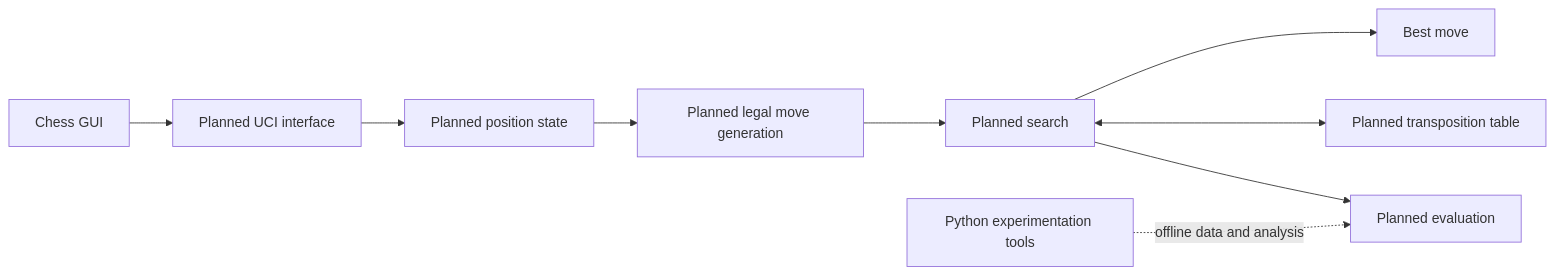
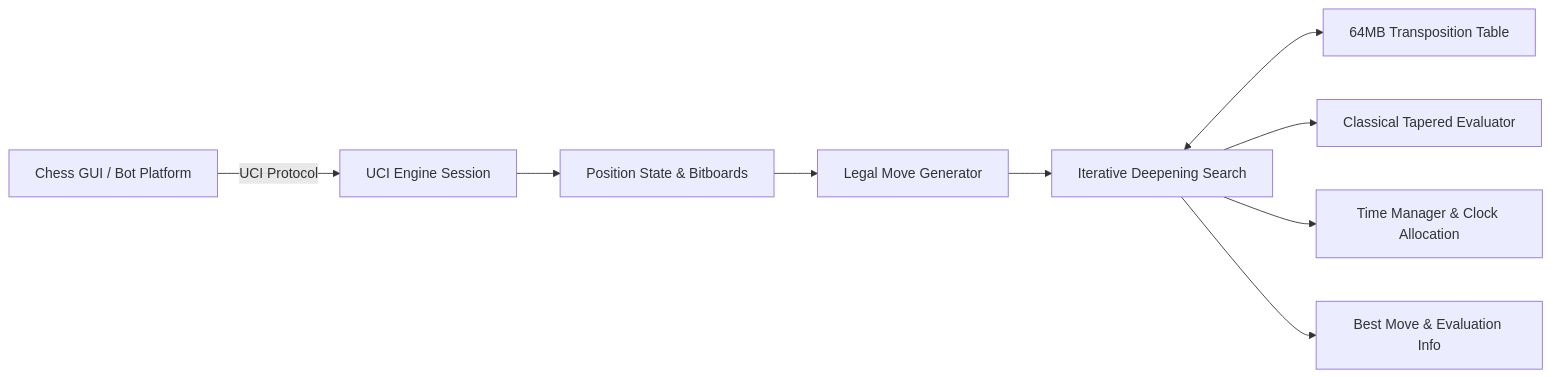
Before and after one commit to Raj-Patel7807/rooksac: the diagram in README.md, drawn with Mermaid. The commit also changed other lines of this file and 3 other files, not shown here.

````diff
--- a/README.md
+++ b/README.md
@@ -35,11 +26,11 @@
 ```mermaid
 flowchart LR
-  GUI[Chess GUI] --> UCI[Planned UCI interface]
-  UCI --> Position[Planned position state]
-  Position --> Moves[Planned legal move generation]
-  Moves --> Search[Planned search]
-  Search --> Evaluation[Planned evaluation]
-  Search <--> TT[Planned transposition table]
-  Search --> Output[Best move]
-  Python[Python experimentation tools] -. offline data and analysis .-> Evaluation
+  GUI[Chess GUI / Bot Platform] -->|UCI Protocol| UCI[UCI Engine Session]
+  UCI --> Position[Position State & Bitboards]
+  Position --> Moves[Legal Move Generator]
+  Moves --> Search[Iterative Deepening Search]
+  Search <--> TT[64MB Transposition Table]
+  Search --> Eval[Classical Tapered Evaluator]
+  Search --> TM[Time Manager & Clock Allocation]
+  Search --> Output[Best Move & Evaluation Info]
 ```
````
